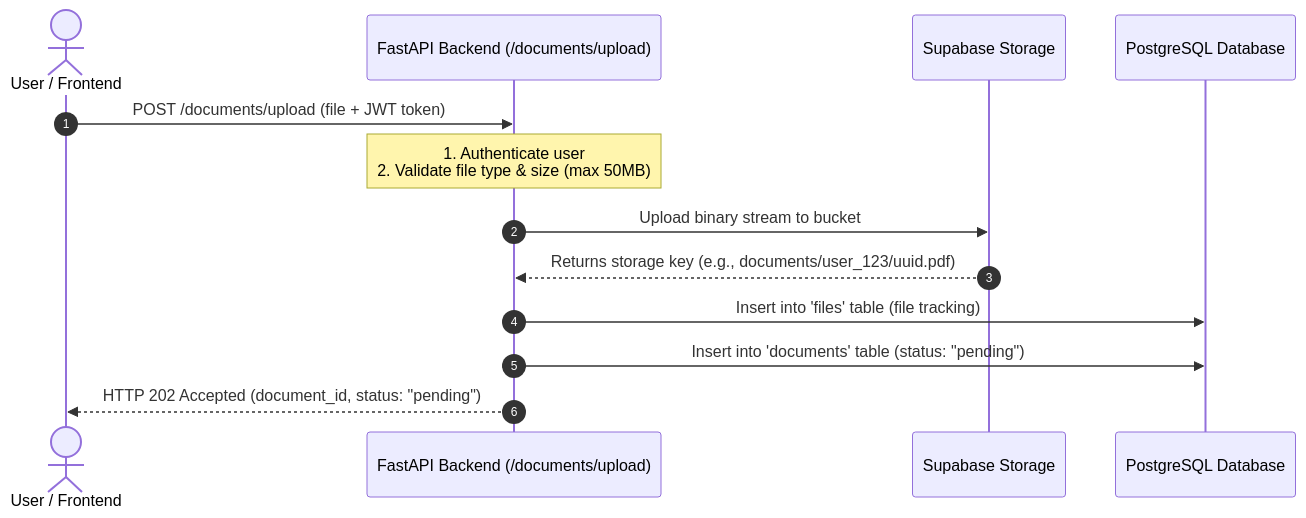
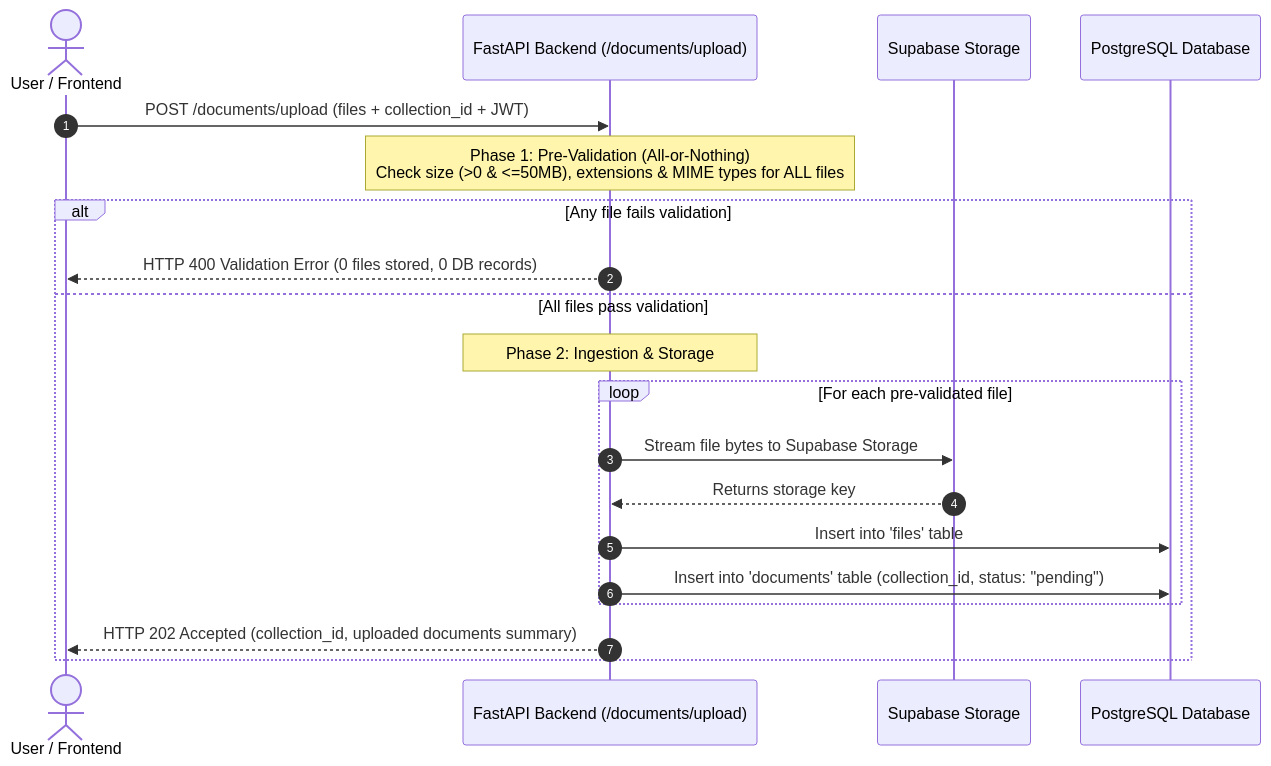
The second of 2 diagrams in docs/document_upload_system.md (sabkat-ahmed-rafi/ai-document-intelligence-platform), drawn with Mermaid before and after one commit. The commit also changed other lines of this file and 21 other files, not shown here.

````diff
--- a/docs/document_upload_system.md
+++ b/docs/document_upload_system.md
@@ -16,16 +53,23 @@
 ```mermaid
 sequenceDiagram
     autonumber
     actor User as User / Frontend
     participant API as FastAPI Backend (/documents/upload)
     participant Storage as Supabase Storage
     participant DB as PostgreSQL Database
 
-    User->>API: POST /documents/upload (file + JWT token)
-    Note over API: 1. Authenticate user<br/>2. Validate file type & size (max 50MB)
-    API->>Storage: Upload binary stream to bucket
-    Storage-->>API: Returns storage key (e.g., documents/user_123/uuid.pdf)
-    API->>DB: Insert into 'files' table (file tracking)
-    API->>DB: Insert into 'documents' table (status: "pending")
-    API-->>User: HTTP 202 Accepted (document_id, status: "pending")
+    User->>API: POST /documents/upload (files + collection_id + JWT)
+    Note over API: Phase 1: Pre-Validation (All-or-Nothing)<br/>Check size (>0 & <=50MB), extensions & MIME types for ALL files
+    alt Any file fails validation
+        API-->>User: HTTP 400 Validation Error (0 files stored, 0 DB records)
+    else All files pass validation
+        Note over API: Phase 2: Ingestion & Storage
+        loop For each pre-validated file
+            API->>Storage: Stream file bytes to Supabase Storage
+            Storage-->>API: Returns storage key
+            API->>DB: Insert into 'files' table
+            API->>DB: Insert into 'documents' table (collection_id, status: "pending")
+        end
+        API-->>User: HTTP 202 Accepted (collection_id, uploaded documents summary)
+    end
 ```
````
